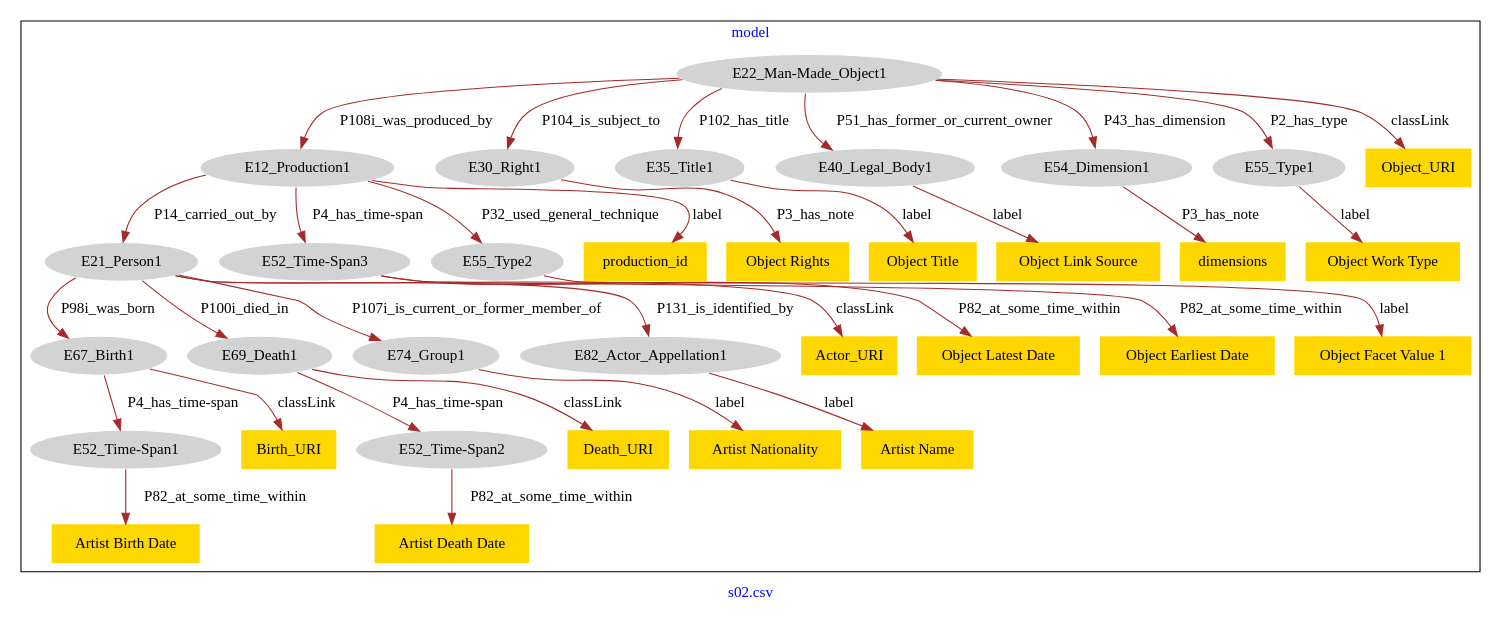
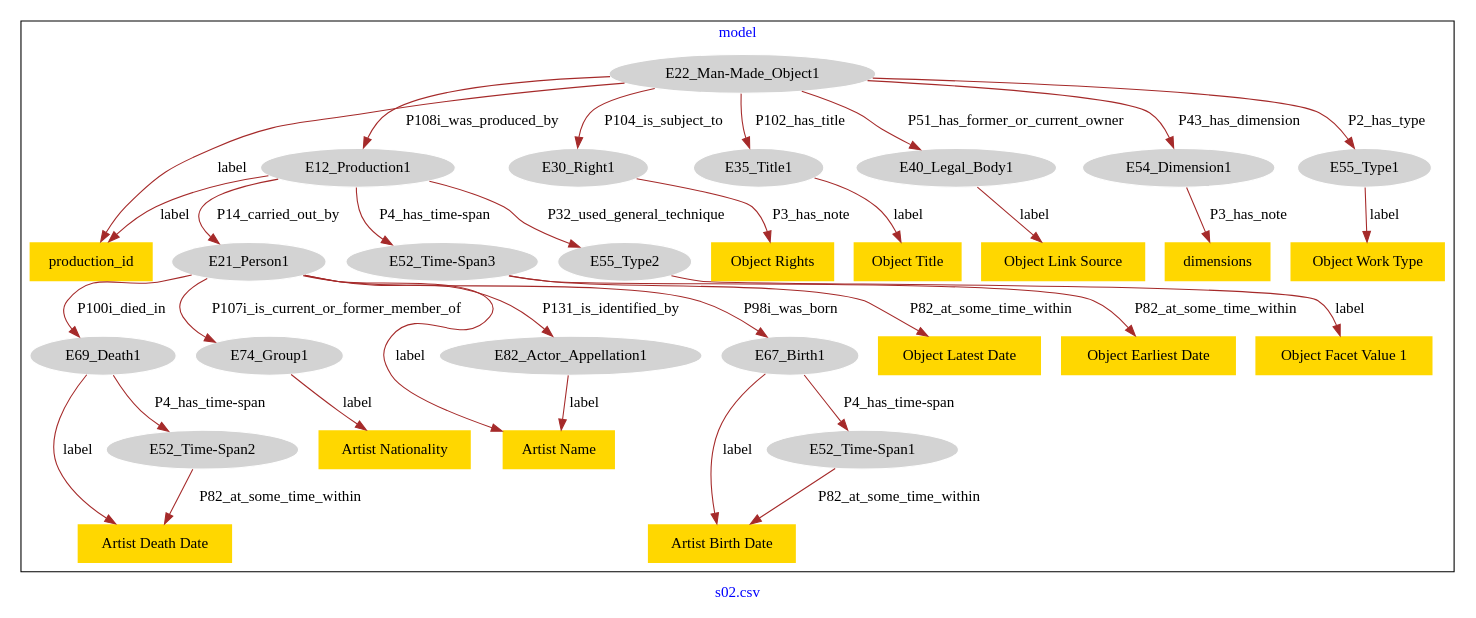
Before and after one commit to Zaiwen/ModelCorrection_Jiakang_XU: the diagram in DataSets/museum-crm/models-graphviz/s02.csv.model.dot, drawn with Graphviz. The commit also changed 67 other files, not shown here.

```diff
--- a/DataSets/museum-crm/models-graphviz/s02.csv.model.dot
+++ b/DataSets/museum-crm/models-graphviz/s02.csv.model.dot
@@ -1,73 +1,69 @@
 digraph n0 {
 fontcolor="blue"
 remincross="true"
 label="s02.csv"
 subgraph cluster {
 label="model"
 n2[style="filled",color="white",fillcolor="lightgray",label="E12_Production1"];
 n3[style="filled",color="white",fillcolor="lightgray",label="E21_Person1"];
 n4[style="filled",color="white",fillcolor="lightgray",label="E52_Time-Span3"];
 n5[style="filled",color="white",fillcolor="lightgray",label="E55_Type2"];
 n6[style="filled",color="white",fillcolor="lightgray",label="E67_Birth1"];
 n7[style="filled",color="white",fillcolor="lightgray",label="E69_Death1"];
 n8[style="filled",color="white",fillcolor="lightgray",label="E74_Group1"];
 n9[style="filled",color="white",fillcolor="lightgray",label="E82_Actor_Appellation1"];
 n10[style="filled",color="white",fillcolor="lightgray",label="E22_Man-Made_Object1"];
 n11[style="filled",color="white",fillcolor="lightgray",label="E30_Right1"];
 n12[style="filled",color="white",fillcolor="lightgray",label="E35_Title1"];
 n13[style="filled",color="white",fillcolor="lightgray",label="E40_Legal_Body1"];
 n14[style="filled",color="white",fillcolor="lightgray",label="E54_Dimension1"];
 n15[style="filled",color="white",fillcolor="lightgray",label="E55_Type1"];
 n16[style="filled",color="white",fillcolor="lightgray",label="E52_Time-Span1"];
 n17[style="filled",color="white",fillcolor="lightgray",label="E52_Time-Span2"];
-n18[shape="plaintext",style="filled",fillcolor="gold",label="Actor_URI"];
-n19[shape="plaintext",style="filled",fillcolor="gold",label="Birth_URI"];
-n20[shape="plaintext",style="filled",fillcolor="gold",label="Death_URI"];
-n21[shape="plaintext",style="filled",fillcolor="gold",label="Object_URI"];
-n22[shape="plaintext",style="filled",fillcolor="gold",label="Artist Name"];
-n23[shape="plaintext",style="filled",fillcolor="gold",label="Object Work Type"];
-n24[shape="plaintext",style="filled",fillcolor="gold",label="production_id"];
-n25[shape="plaintext",style="filled",fillcolor="gold",label="Object Title"];
-n26[shape="plaintext",style="filled",fillcolor="gold",label="dimensions"];
-n27[shape="plaintext",style="filled",fillcolor="gold",label="Object Link Source"];
+n18[shape="plaintext",style="filled",fillcolor="gold",label="Artist Name"];
+n19[shape="plaintext",style="filled",fillcolor="gold",label="Artist Birth Date"];
+n20[shape="plaintext",style="filled",fillcolor="gold",label="Object Latest Date"];
+n21[shape="plaintext",style="filled",fillcolor="gold",label="Object Rights"];
+n22[shape="plaintext",style="filled",fillcolor="gold",label="Artist Nationality"];
+n23[shape="plaintext",style="filled",fillcolor="gold",label="Object Earliest Date"];
+n24[shape="plaintext",style="filled",fillcolor="gold",label="Object Title"];
+n25[shape="plaintext",style="filled",fillcolor="gold",label="dimensions"];
+n26[shape="plaintext",style="filled",fillcolor="gold",label="Object Work Type"];
+n27[shape="plaintext",style="filled",fillcolor="gold",label="production_id"];
 n28[shape="plaintext",style="filled",fillcolor="gold",label="Object Facet Value 1"];
-n29[shape="plaintext",style="filled",fillcolor="gold",label="Object Rights"];
-n30[shape="plaintext",style="filled",fillcolor="gold",label="Object Latest Date"];
-n31[shape="plaintext",style="filled",fillcolor="gold",label="Object Earliest Date"];
-n32[shape="plaintext",style="filled",fillcolor="gold",label="Artist Nationality"];
-n33[shape="plaintext",style="filled",fillcolor="gold",label="Artist Death Date"];
-n34[shape="plaintext",style="filled",fillcolor="gold",label="Artist Birth Date"];
+n29[shape="plaintext",style="filled",fillcolor="gold",label="Object Link Source"];
+n30[shape="plaintext",style="filled",fillcolor="gold",label="Artist Death Date"];
 }
 n2 -> n3[color="brown",fontcolor="black",label="P14_carried_out_by"]
 n2 -> n4[color="brown",fontcolor="black",label="P4_has_time-span"]
 n2 -> n5[color="brown",fontcolor="black",label="P32_used_general_technique"]
 n3 -> n6[color="brown",fontcolor="black",label="P98i_was_born"]
 n3 -> n7[color="brown",fontcolor="black",label="P100i_died_in"]
 n3 -> n8[color="brown",fontcolor="black",label="P107i_is_current_or_former_member_of"]
 n3 -> n9[color="brown",fontcolor="black",label="P131_is_identified_by"]
 n10 -> n2[color="brown",fontcolor="black",label="P108i_was_produced_by"]
 n10 -> n11[color="brown",fontcolor="black",label="P104_is_subject_to"]
 n10 -> n12[color="brown",fontcolor="black",label="P102_has_title"]
 n10 -> n13[color="brown",fontcolor="black",label="P51_has_former_or_current_owner"]
 n10 -> n14[color="brown",fontcolor="black",label="P43_has_dimension"]
 n10 -> n15[color="brown",fontcolor="black",label="P2_has_type"]
 n6 -> n16[color="brown",fontcolor="black",label="P4_has_time-span"]
 n7 -> n17[color="brown",fontcolor="black",label="P4_has_time-span"]
-n3 -> n18[color="brown",fontcolor="black",label="classLink"]
-n6 -> n19[color="brown",fontcolor="black",label="classLink"]
-n7 -> n20[color="brown",fontcolor="black",label="classLink"]
-n10 -> n21[color="brown",fontcolor="black",label="classLink"]
-n9 -> n22[color="brown",fontcolor="black",label="label"]
-n15 -> n23[color="brown",fontcolor="black",label="label"]
-n2 -> n24[color="brown",fontcolor="black",label="label"]
-n12 -> n25[color="brown",fontcolor="black",label="label"]
-n14 -> n26[color="brown",fontcolor="black",label="P3_has_note"]
-n13 -> n27[color="brown",fontcolor="black",label="label"]
+n3 -> n18[color="brown",fontcolor="black",label="label"]
+n6 -> n19[color="brown",fontcolor="black",label="label"]
+n4 -> n20[color="brown",fontcolor="black",label="P82_at_some_time_within"]
+n11 -> n21[color="brown",fontcolor="black",label="P3_has_note"]
+n8 -> n22[color="brown",fontcolor="black",label="label"]
+n4 -> n23[color="brown",fontcolor="black",label="P82_at_some_time_within"]
+n12 -> n24[color="brown",fontcolor="black",label="label"]
+n14 -> n25[color="brown",fontcolor="black",label="P3_has_note"]
+n15 -> n26[color="brown",fontcolor="black",label="label"]
+n10 -> n27[color="brown",fontcolor="black",label="label"]
 n5 -> n28[color="brown",fontcolor="black",label="label"]
-n11 -> n29[color="brown",fontcolor="black",label="P3_has_note"]
-n4 -> n30[color="brown",fontcolor="black",label="P82_at_some_time_within"]
-n4 -> n31[color="brown",fontcolor="black",label="P82_at_some_time_within"]
-n8 -> n32[color="brown",fontcolor="black",label="label"]
-n17 -> n33[color="brown",fontcolor="black",label="P82_at_some_time_within"]
-n16 -> n34[color="brown",fontcolor="black",label="P82_at_some_time_within"]
+n13 -> n29[color="brown",fontcolor="black",label="label"]
+n7 -> n30[color="brown",fontcolor="black",label="label"]
+n9 -> n18[color="brown",fontcolor="black",label="label"]
+n16 -> n19[color="brown",fontcolor="black",label="P82_at_some_time_within"]
+n2 -> n27[color="brown",fontcolor="black",label="label"]
+n17 -> n30[color="brown",fontcolor="black",label="P82_at_some_time_within"]
 }
```
